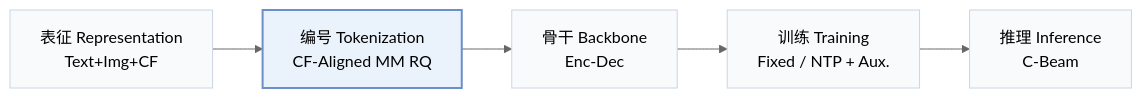
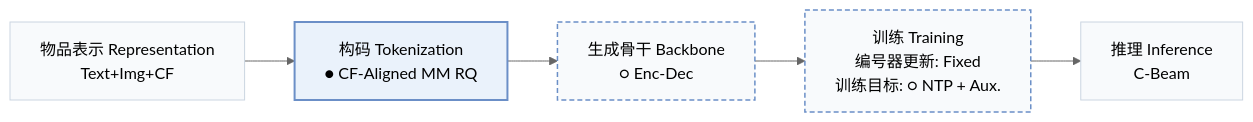
The first of 2 diagrams in pages/zh/papers/rofigr.md (Galaxy-ghost/Awesome-SID-Generative-Rec), drawn with Mermaid (neutral theme) before and after one commit. The commit also changed other lines of this file and 558 other files, not shown here.

````diff
--- a/pages/zh/papers/rofigr.md
+++ b/pages/zh/papers/rofigr.md
@@ -15,8 +18,10 @@
 ```mermaid
 flowchart LR
-    R["表征 Representation<br/>Text+Img+CF"] --> T["编号 Tokenization<br/>CF-Aligned MM RQ"] --> B["骨干 Backbone<br/>Enc-Dec"] --> TR["训练 Training<br/>Fixed / NTP + Aux."] --> I["推理 Inference<br/>C-Beam"]
+    R["物品表示 Representation<br/>Text+Img+CF"] --> T["构码 Tokenization<br/>● CF-Aligned MM RQ"] --> B["生成骨干 Backbone<br/>○ Enc-Dec"] --> TR["训练 Training<br/>编号器更新: Fixed<br/>训练目标: ○ NTP + Aux."] --> I["推理 Inference<br/>C-Beam"]
     classDef base fill:#f8fafc,stroke:#cbd5e1
     class R,T,B,TR,I base
+    classDef other fill:#f8fafc,stroke:#6b8fc7,stroke-width:1.5px,stroke-dasharray:5 3
+    class B,TR other
     classDef main fill:#eaf2fb,stroke:#6b8fc7,stroke-width:2px
     class T main
 ```
````
